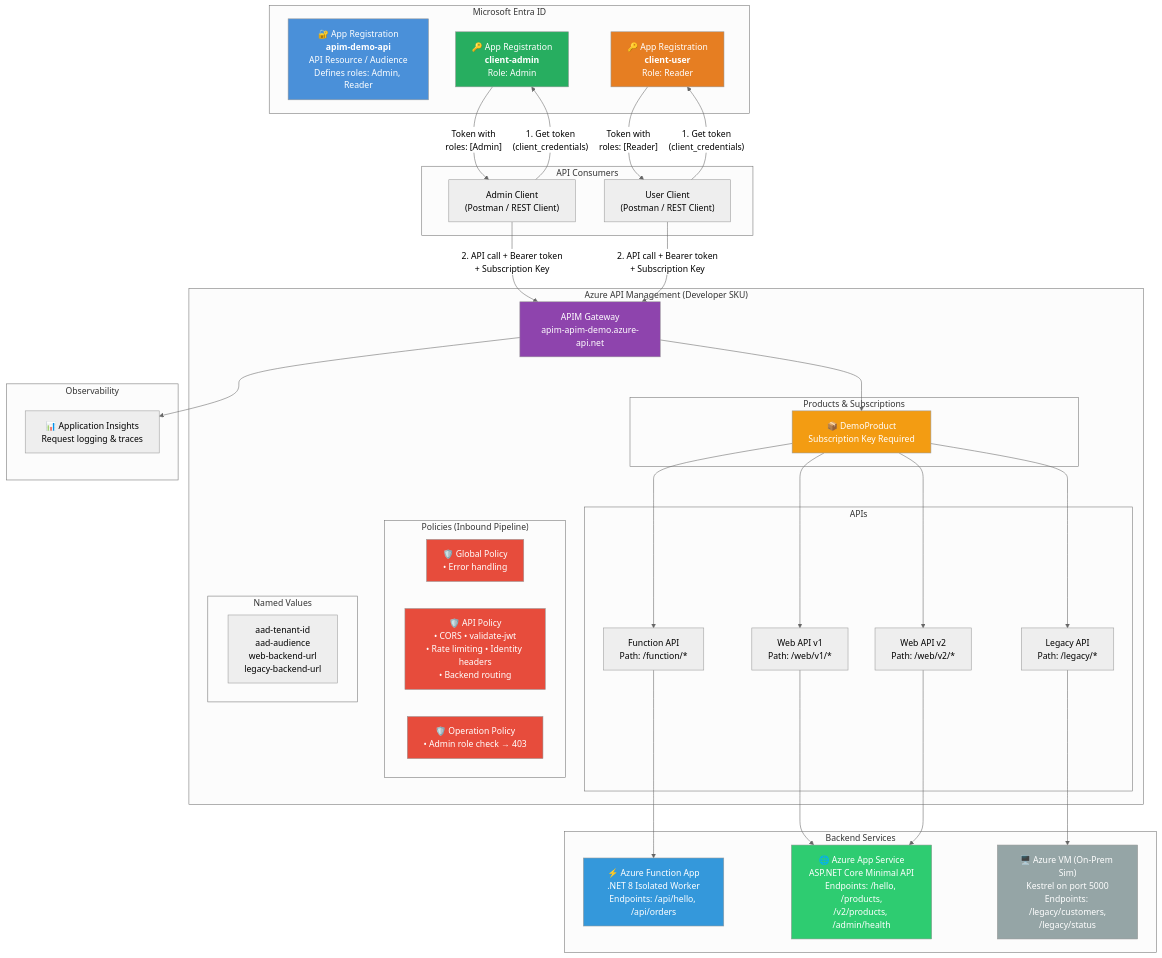
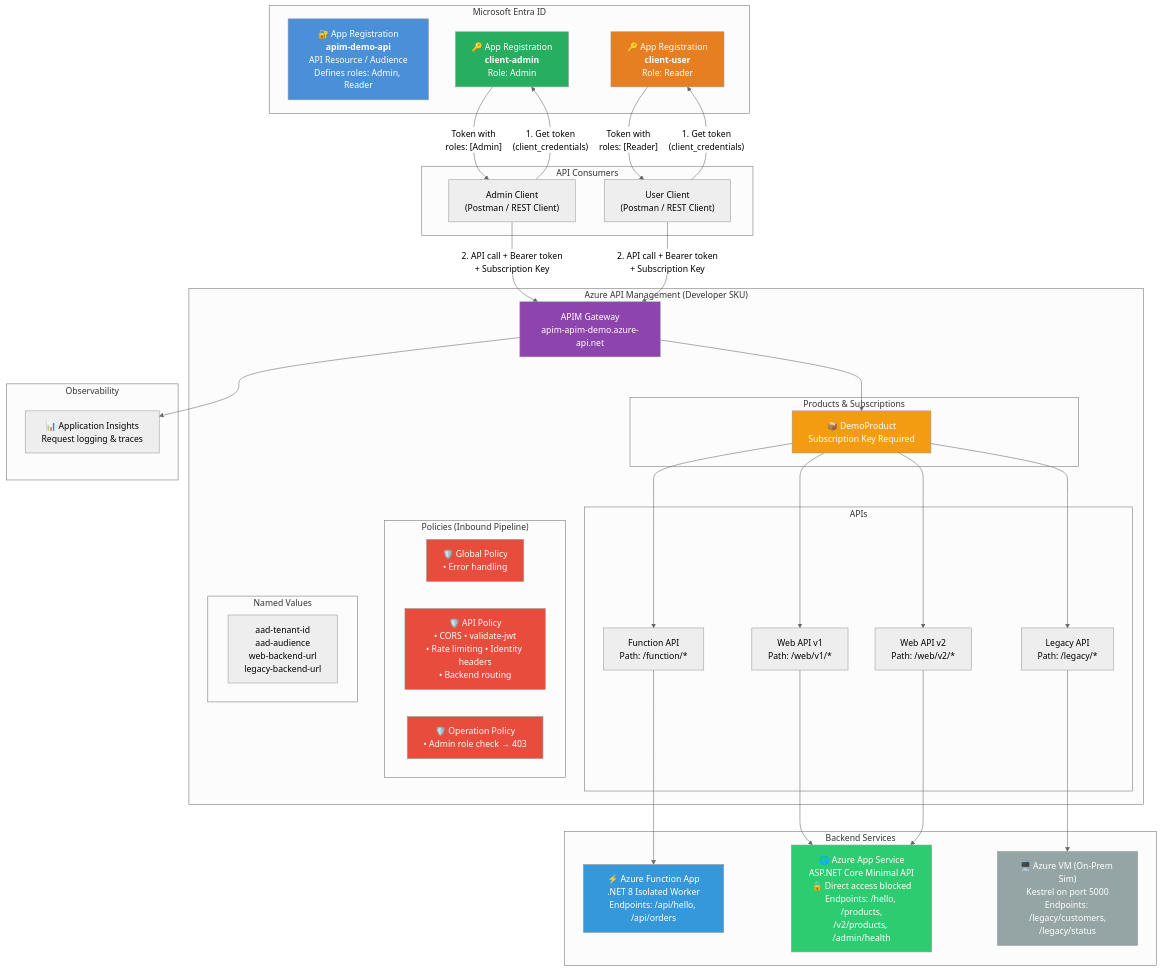
The first of 3 diagrams in README.md (sandyshd/APIM-Demo), drawn with Mermaid (neutral theme) before and after one commit. The commit also changed other lines of this file and 6 other files, not shown here.

````diff
--- a/README.md
+++ b/README.md
@@ -16,81 +17,81 @@
 ```mermaid
 graph TB
     subgraph "Microsoft Entra ID"
         API_REG["🔐 App Registration<br/><b>apim-demo-api</b><br/>API Resource / Audience<br/>Defines roles: Admin, Reader"]
         ADMIN_APP["🔑 App Registration<br/><b>client-admin</b><br/>Role: Admin"]
         USER_APP["🔑 App Registration<br/><b>client-user</b><br/>Role: Reader"]
     end
 
     subgraph "API Consumers"
         ADMIN_CLIENT["Admin Client<br/>(Postman / REST Client)"]
         USER_CLIENT["User Client<br/>(Postman / REST Client)"]
     end
 
     subgraph "Azure API Management (Developer SKU)"
         GW["APIM Gateway<br/>apim-apim-demo.azure-api.net"]
 
         subgraph "Products & Subscriptions"
             PRODUCT["📦 DemoProduct<br/>Subscription Key Required"]
         end
 
         subgraph "APIs"
             FUNC_API["Function API<br/>Path: /function/*"]
             WEB_V1["Web API v1<br/>Path: /web/v1/*"]
             WEB_V2["Web API v2<br/>Path: /web/v2/*"]
             LEGACY["Legacy API<br/>Path: /legacy/*"]
         end
 
         subgraph "Policies (Inbound Pipeline)"
             GLOBAL_POL["🛡️ Global Policy<br/>• Error handling"]
             API_POL["🛡️ API Policy<br/>• CORS • validate-jwt<br/>• Rate limiting • Identity headers<br/>• Backend routing"]
             OP_POL["🛡️ Operation Policy<br/>• Admin role check → 403"]
         end
 
         subgraph "Named Values"
             NV["aad-tenant-id<br/>aad-audience<br/>web-backend-url<br/>legacy-backend-url"]
         end
     end
 
     subgraph "Backend Services"
         FUNC_APP["⚡ Azure Function App<br/>.NET 8 Isolated Worker<br/>Endpoints: /api/hello, /api/orders"]
-        WEB_APP["🌐 Azure App Service<br/>ASP.NET Core Minimal API<br/>Endpoints: /hello, /products,<br/>/v2/products, /admin/health"]
+        WEB_APP["🌐 Azure App Service<br/>ASP.NET Core Minimal API<br/>🔒 Direct access blocked<br/>Endpoints: /hello, /products,<br/>/v2/products, /admin/health"]
         VM["🖥️ Azure VM (On-Prem Sim)<br/>Kestrel on port 5000<br/>Endpoints: /legacy/customers,<br/>/legacy/status"]
     end
 
     subgraph "Observability"
         AI["📊 Application Insights<br/>Request logging & traces"]
     end
 
     ADMIN_CLIENT -->|"1. Get token<br/>(client_credentials)"| ADMIN_APP
     USER_CLIENT -->|"1. Get token<br/>(client_credentials)"| USER_APP
     ADMIN_APP -->|"Token with<br/>roles: [Admin]"| ADMIN_CLIENT
     USER_APP -->|"Token with<br/>roles: [Reader]"| USER_CLIENT
 
     ADMIN_CLIENT -->|"2. API call + Bearer token<br/>+ Subscription Key"| GW
     USER_CLIENT -->|"2. API call + Bearer token<br/>+ Subscription Key"| GW
 
     GW --> PRODUCT
     PRODUCT --> FUNC_API
     PRODUCT --> WEB_V1
     PRODUCT --> WEB_V2
     PRODUCT --> LEGACY
 
     FUNC_API --> FUNC_APP
     WEB_V1 --> WEB_APP
     WEB_V2 --> WEB_APP
     LEGACY --> VM
 
     GW --> AI
 
     style API_REG fill:#4a90d9,color:#fff
     style ADMIN_APP fill:#27ae60,color:#fff
     style USER_APP fill:#e67e22,color:#fff
     style GW fill:#8e44ad,color:#fff
     style FUNC_APP fill:#3498db,color:#fff
     style WEB_APP fill:#2ecc71,color:#fff
     style VM fill:#95a5a6,color:#fff
     style PRODUCT fill:#f39c12,color:#fff
     style GLOBAL_POL fill:#e74c3c,color:#fff
     style API_POL fill:#e74c3c,color:#fff
     style OP_POL fill:#e74c3c,color:#fff
 ```
````
